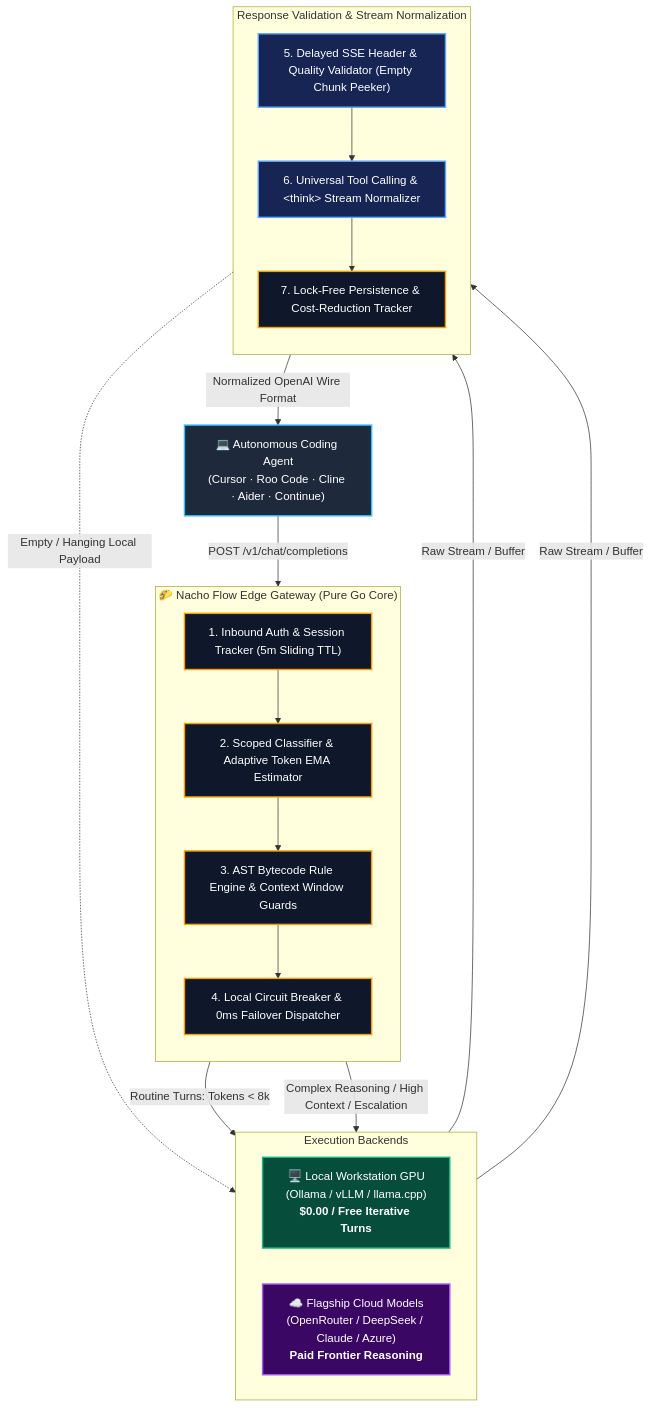
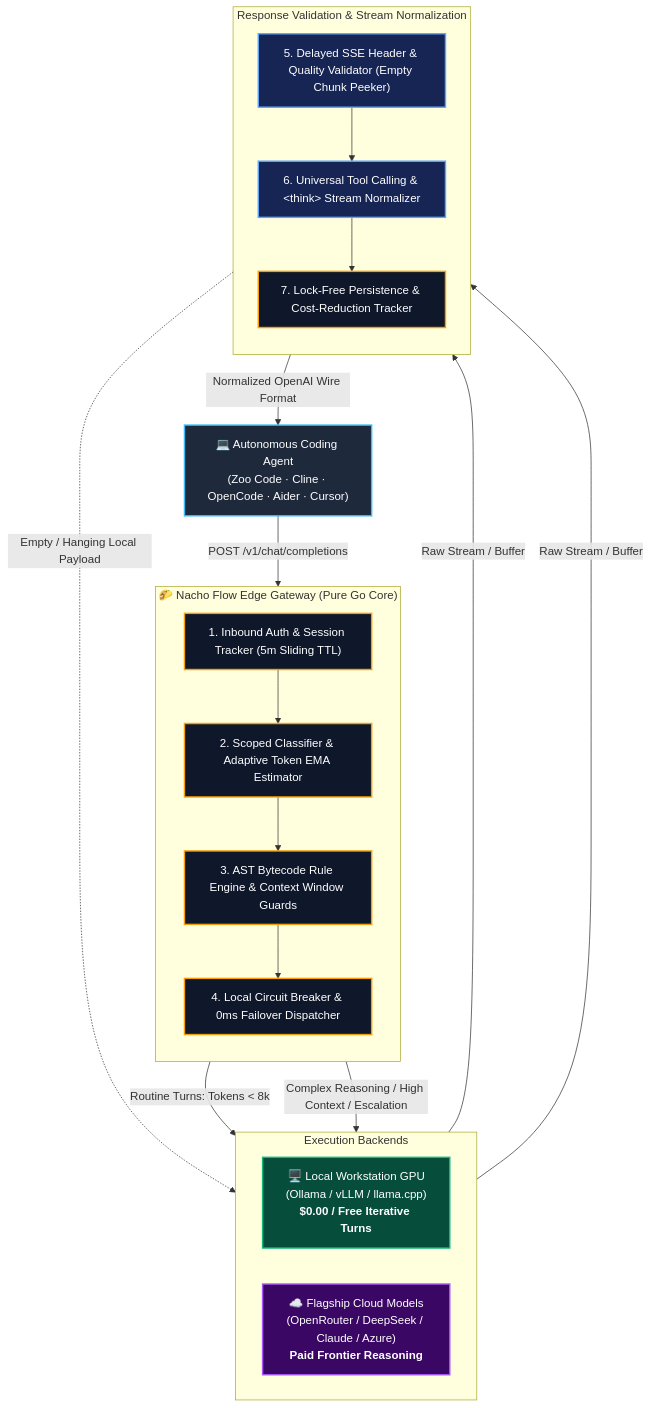
One commit to dixieflatline76/nacho-flow changed the first of 2 diagrams in docs/ARCHITECTURE.md. Above: the diagram before and after it, drawn with Mermaid. The commit also changed other lines of this file and 53 other files, not shown here.

First line of the commit message:
feat(web,extension,security): redesign glass nav, migrate to Zoo Code & harden safe sandboxing (#20)

````diff
--- a/docs/ARCHITECTURE.md
+++ b/docs/ARCHITECTURE.md
@@ -9,45 +9,45 @@
 ```mermaid
 flowchart TD
     classDef client fill:#1e293b,stroke:#38bdf8,stroke-width:2px,color:#fff;
     classDef core fill:#0f172a,stroke:#f59e0b,stroke-width:2px,color:#fff;
     classDef local fill:#064e3b,stroke:#10b981,stroke-width:2px,color:#fff;
     classDef cloud fill:#3b0764,stroke:#a855f7,stroke-width:2px,color:#fff;
     classDef tool fill:#172554,stroke:#60a5fa,stroke-width:2px,color:#fff;
 
-    Client["💻 Autonomous Coding Agent<br/>(Cursor · Roo Code · Cline · Aider · Continue)"]:::client
+    Client["💻 Autonomous Coding Agent<br/>(Zoo Code · Cline · OpenCode · Aider · Cursor)"]:::client
 
     subgraph NachoGateway ["🌮 Nacho Flow Edge Gateway (Pure Go Core)"]
         direction TB
         Auth["1. Inbound Auth & Session Tracker (5m Sliding TTL)"]:::core
         Classifier["2. Scoped Classifier & Adaptive Token EMA Estimator"]:::core
         Evaluator["3. AST Bytecode Rule Engine & Context Window Guards"]:::core
         CircuitBreaker["4. Local Circuit Breaker & 0ms Failover Dispatcher"]:::core
         
         Auth --> Classifier --> Evaluator --> CircuitBreaker
     end
 
     subgraph Endpoints ["Execution Backends"]
         direction LR
         LocalGPU["🖥️ Local Workstation GPU<br/>(Ollama / vLLM / llama.cpp)<br/><b>$0.00 / Free Iterative Turns</b>"]:::local
         CloudAPI["☁️ Flagship Cloud Models<br/>(OpenRouter / DeepSeek / Claude / Azure)<br/><b>Paid Frontier Reasoning</b>"]:::cloud
     end
 
     subgraph ProcessingStack ["Response Validation & Stream Normalization"]
         direction TB
         DelayedHeader["5. Delayed SSE Header & Quality Validator (Empty Chunk Peeker)"]:::tool
         ToolNormalizer["6. Universal Tool Calling & &lt;think&gt; Stream Normalizer"]:::tool
         Telemetry["7. Lock-Free Persistence & Cost-Reduction Tracker"]:::core
 
         DelayedHeader --> ToolNormalizer --> Telemetry
     end
 
     Client -->|POST /v1/chat/completions| Auth
     CircuitBreaker -->|Routine Turns: Tokens < 8k| LocalGPU
     CircuitBreaker -->|Complex Reasoning / High Context / Escalation| CloudAPI
 
     LocalGPU -->|Raw Stream / Buffer| DelayedHeader
     CloudAPI -->|Raw Stream / Buffer| DelayedHeader
 
     DelayedHeader -.->|Empty / Hanging Local Payload| CloudAPI
     Telemetry -->|Normalized OpenAI Wire Format| Client
 ```
````
